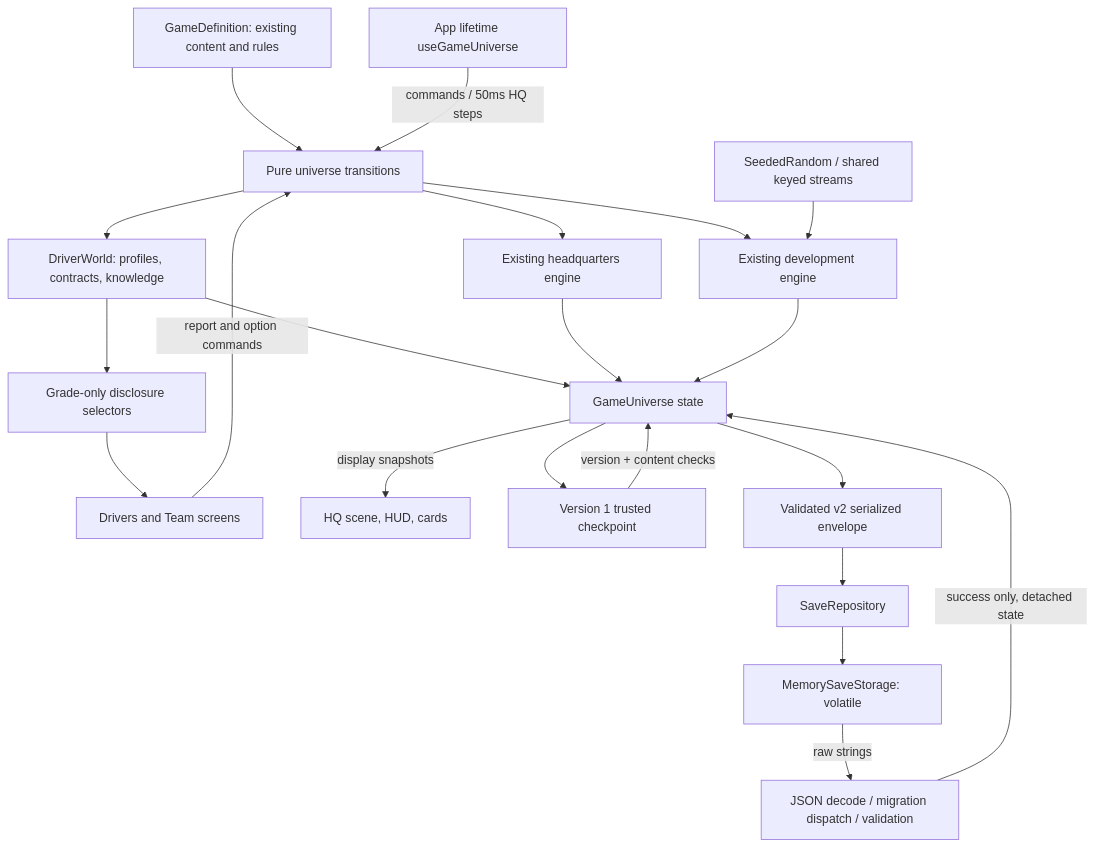
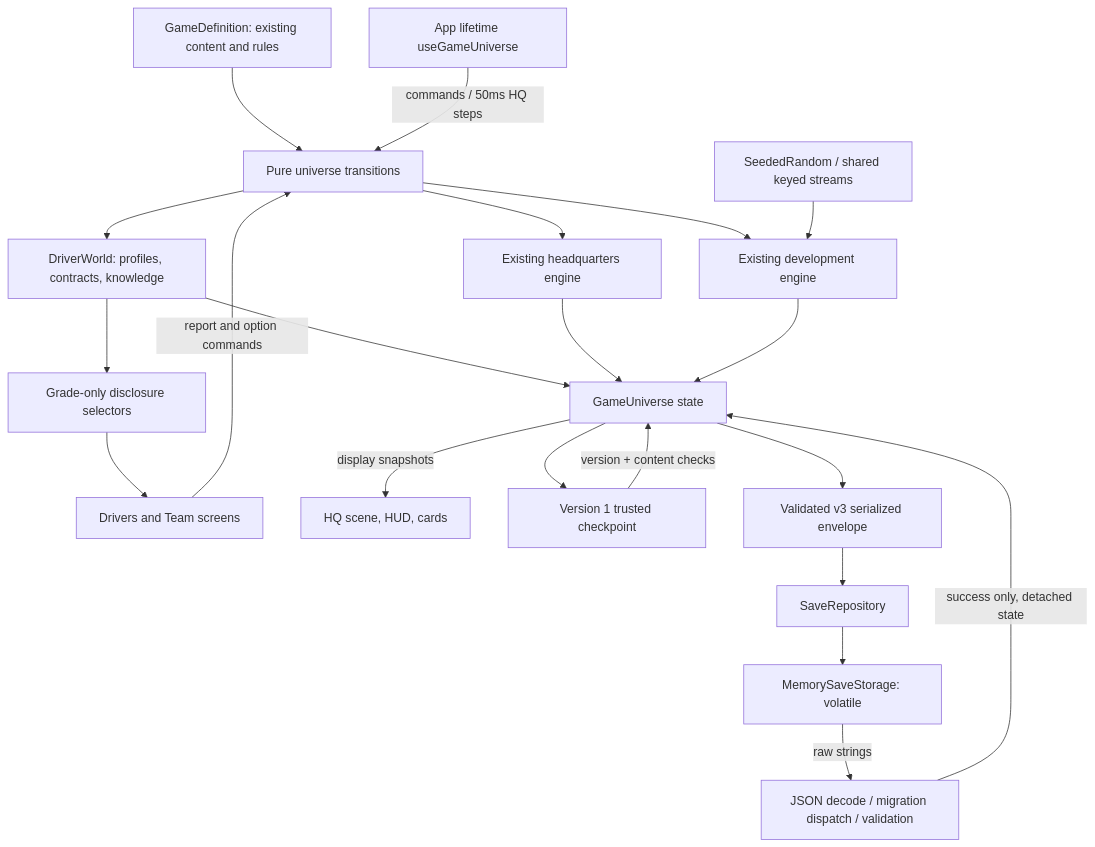
Before and after one commit to BoosterGold85/FormulaTycoon: the diagram in docs/SYSTEM_MAP.md, drawn with Mermaid. The commit also changed 42 other files, not shown here.

````diff
--- a/docs/SYSTEM_MAP.md
+++ b/docs/SYSTEM_MAP.md
@@ -5,23 +5,23 @@
 ```mermaid
 flowchart TD
     Definition[GameDefinition: existing content and rules] --> Universe[Pure universe transitions]
     Universe --> HQ[Existing headquarters engine]
     Universe --> Dev[Existing development engine]
     Universe --> Drivers[DriverWorld: profiles, contracts, knowledge]
     Drivers --> State
     Drivers --> Disclosure[Grade-only disclosure selectors]
     Disclosure --> DriverUI[Drivers and Team screens]
     DriverUI -->|report and option commands| Universe
     HQ --> State[GameUniverse state]
     Dev --> State
     App[App lifetime useGameUniverse] -->|commands / 50ms HQ steps| Universe
     State -->|display snapshots| UI[HQ scene, HUD, cards]
     State --> Checkpoint[Version 1 trusted checkpoint]
     Checkpoint -->|version + content checks| State
-    State --> Envelope[Validated v2 serialized envelope]
+    State --> Envelope[Validated v3 serialized envelope]
     Envelope --> Repo[SaveRepository]
     Repo --> Memory[MemorySaveStorage: volatile]
     Memory -->|raw strings| Decode[JSON decode / migration dispatch / validation]
     Decode -->|success only, detached state| State
     RNG[SeededRandom / shared keyed streams] --> Dev
 ```
````
